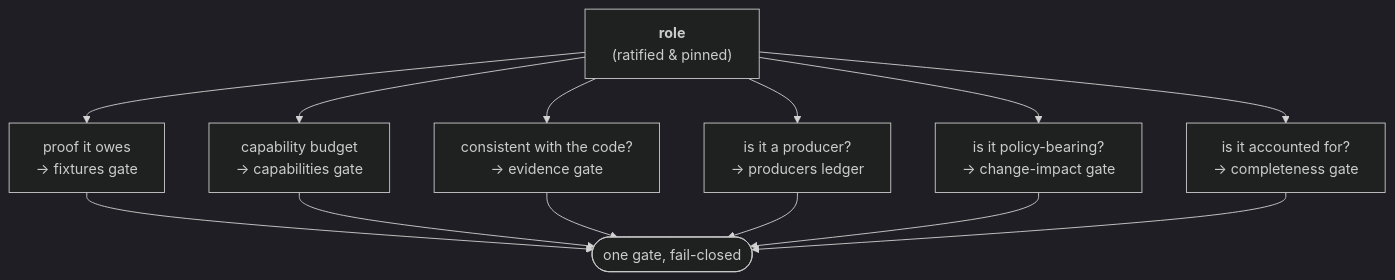
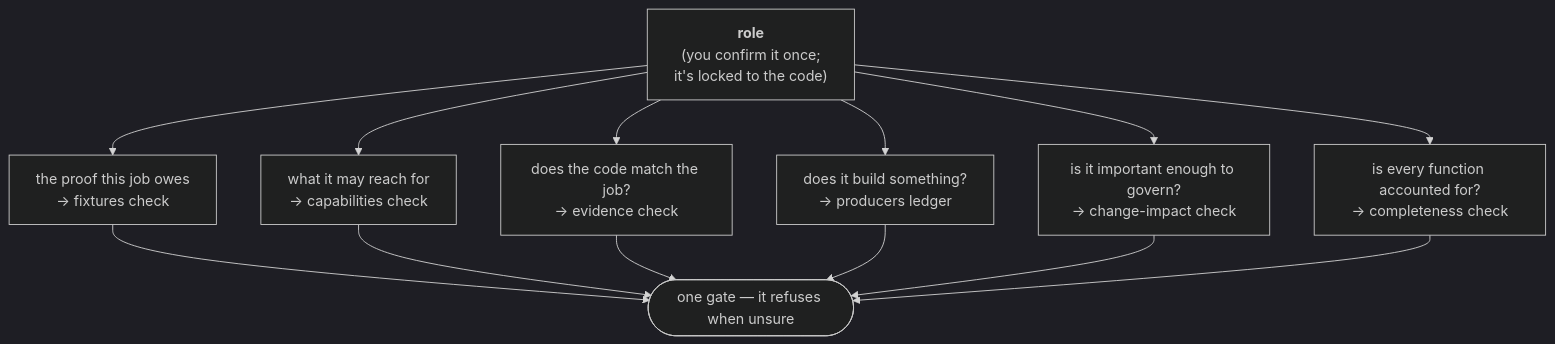
Before and after one commit to clintecker/celebrimbor: the diagram in docs/index.md, drawn with Mermaid (dark theme). The commit also changed other lines of this file and 25 other files, not shown here.

````diff
--- a/docs/index.md
+++ b/docs/index.md
@@ -63,16 +75,16 @@
 ```mermaid
 flowchart TD
-    R["<b>role</b><br/>(ratified &amp; pinned)"]
-    R --> P["proof it owes<br/>→ fixtures gate"]
-    R --> C["capability budget<br/>→ capabilities gate"]
-    R --> E["consistent with the code?<br/>→ evidence gate"]
-    R --> V["is it a producer?<br/>→ producers ledger"]
-    R --> I["is it policy-bearing?<br/>→ change-impact gate"]
-    R --> S["is it accounted for?<br/>→ completeness gate"]
-    P --> G(["one gate, fail-closed"])
+    R["<b>role</b><br/>(you confirm it once;<br/>it's locked to the code)"]
+    R --> P["the proof this job owes<br/>→ fixtures check"]
+    R --> C["what it may reach for<br/>→ capabilities check"]
+    R --> E["does the code match the job?<br/>→ evidence check"]
+    R --> V["does it build something?<br/>→ producers ledger"]
+    R --> I["is it important enough to govern?<br/>→ change-impact check"]
+    R --> S["is every function accounted for?<br/>→ completeness check"]
+    P --> G(["one gate — it refuses when unsure"])
     C --> G
     E --> G
     V --> G
     I --> G
     S --> G
 ```
````
